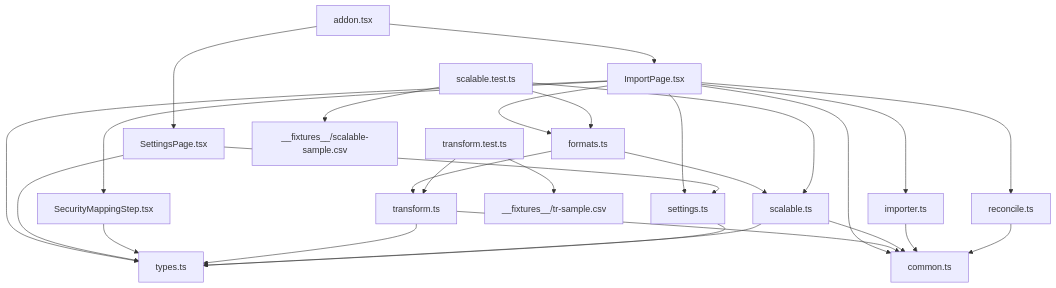
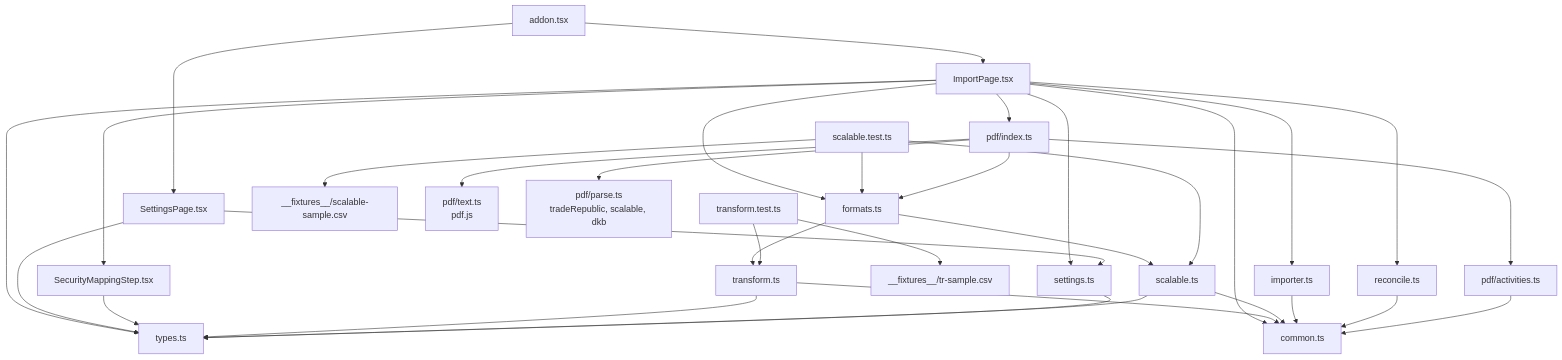
The second of 7 diagrams in docs/ARCHITECTURE.md (waldonso2/wealthfolio-importer-addon), drawn with Mermaid before and after one commit. The commit also changed other lines of this file and 33 other files, not shown here.

First line of the commit message:
feat: import PDF statements from Trade Republic, Scalable Capital and DKB (2.10.0) (#30)

````diff
--- a/docs/ARCHITECTURE.md
+++ b/docs/ARCHITECTURE.md
@@ -127,29 +143,35 @@
 ```mermaid
 flowchart TD
     addon[addon.tsx] --> IP[ImportPage.tsx]
     addon --> SP[SettingsPage.tsx]
     IP --> SMS[SecurityMappingStep.tsx]
     IP --> FO[formats.ts]
     IP --> CM[common.ts]
     FO --> TR[transform.ts]
     FO --> SC[scalable.ts]
     TR --> CM
     SC --> CM
     IP --> ST[settings.ts]
     SP --> ST
     IP --> TY[types.ts]
     SP --> TY
     SMS --> TY
     TR --> TY
     SC --> TY
     ST --> TY
     TEST[transform.test.ts] --> TR
     TEST --> FIX[__fixtures__/tr-sample.csv]
     TEST2[scalable.test.ts] --> SC
     TEST2 --> FO
     TEST2 --> FIX2[__fixtures__/scalable-sample.csv]
     IP --> RC[reconcile.ts]
     IP --> IM[importer.ts]
     IM --> CM
     RC --> CM
+    IP --> PDF[pdf/index.ts]
+    PDF --> PDFTX[pdf/text.ts<br/>pdf.js]
+    PDF --> PDFP[pdf/parse.ts<br/>tradeRepublic, scalable, dkb]
+    PDF --> PDFA[pdf/activities.ts]
+    PDFA --> CM
+    PDF --> FO
 ```
````
